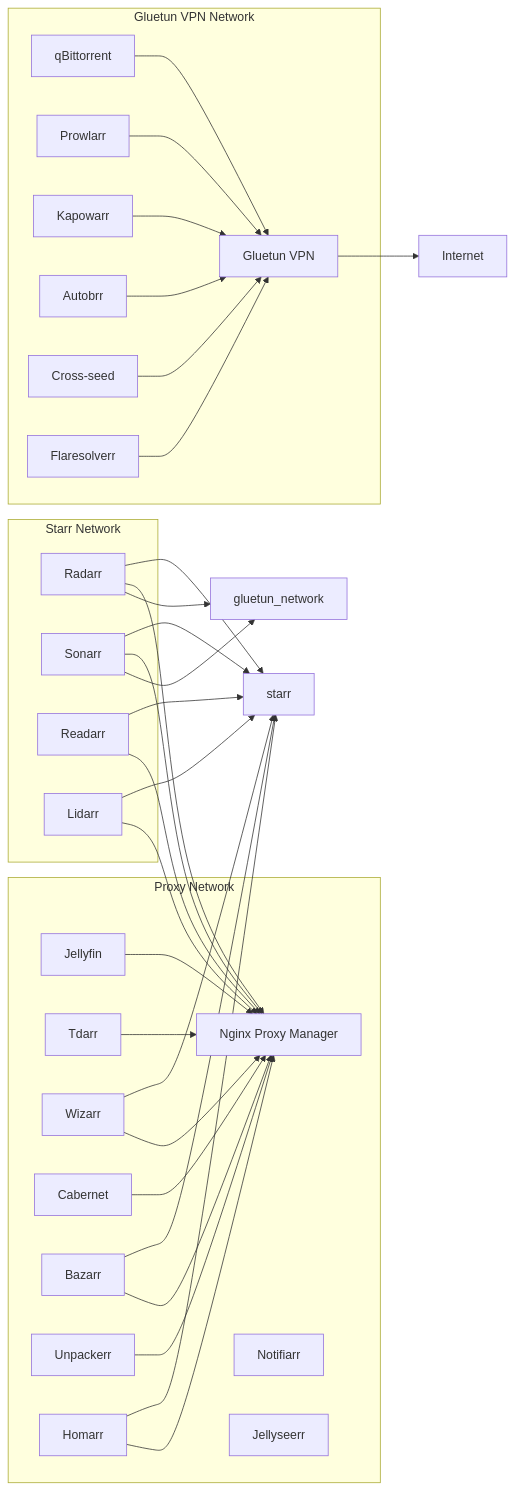
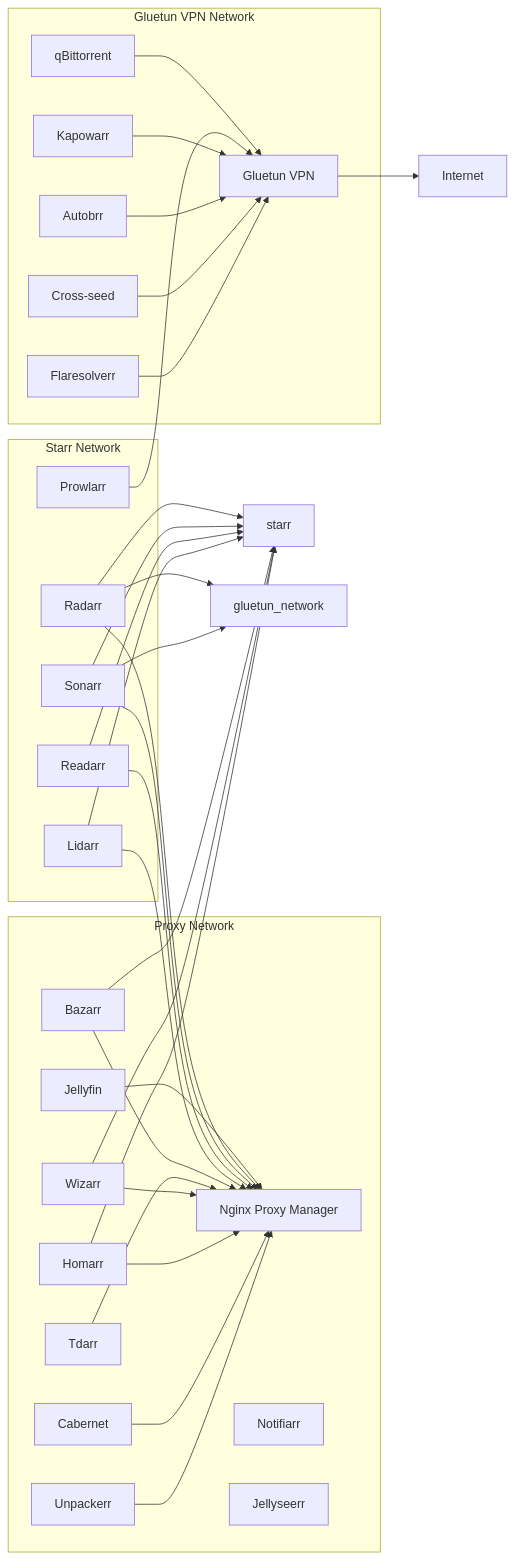
Before and after one commit to Bwithnewcast/ultimate-jellyfin-stack: the diagram in README.md, drawn with Mermaid.

````diff
--- a/README.md
+++ b/README.md
@@ -10,65 +10,66 @@
 ```mermaid
 graph LR
   subgraph Proxy Network
     proxy[Nginx Proxy Manager]
     notifiarr[Notifiarr]
     jellyfin[Jellyfin]
     tdarr[Tdarr]
     wizarr[Wizarr]
     cabernet[Cabernet]
     bazarr[Bazarr]
     jellyseerr[Jellyseerr]
     unpackerr[Unpackerr]
     homarr[Homarr]
   end
 
   subgraph Starr Network
     radarr[Radarr]
     sonarr[Sonarr]
     readarr[Readarr]
     lidarr[Lidarr]
     bazarr
     wizarr
     homarr
+    prowlarr
   end
 
   subgraph Gluetun VPN Network
     gluetun[Gluetun VPN]
     qbittorrent[qBittorrent]
     prowlarr[Prowlarr]
     kapowarr[Kapowarr]
     autobrr[Autobrr]
     crossseed[Cross-seed]
     flaresolverr[Flaresolverr]
   end
 
   gluetun --> Internet[Internet]
 
   qbittorrent --> gluetun
   prowlarr --> gluetun
   kapowarr --> gluetun
   autobrr --> gluetun
   crossseed --> gluetun
   flaresolverr --> gluetun
 
   jellyfin --> proxy
   radarr --> starr
   radarr --> proxy
   radarr --> gluetun_network
   sonarr --> starr
   sonarr --> proxy
   sonarr --> gluetun_network
   readarr --> starr
   readarr --> proxy
   lidarr --> starr
   lidarr --> proxy
   bazarr --> starr
   bazarr --> proxy
   tdarr --> proxy
   wizarr --> starr
   wizarr --> proxy
   homarr --> starr
   homarr --> proxy
   cabernet --> proxy
   unpackerr --> proxy
 ```
````
